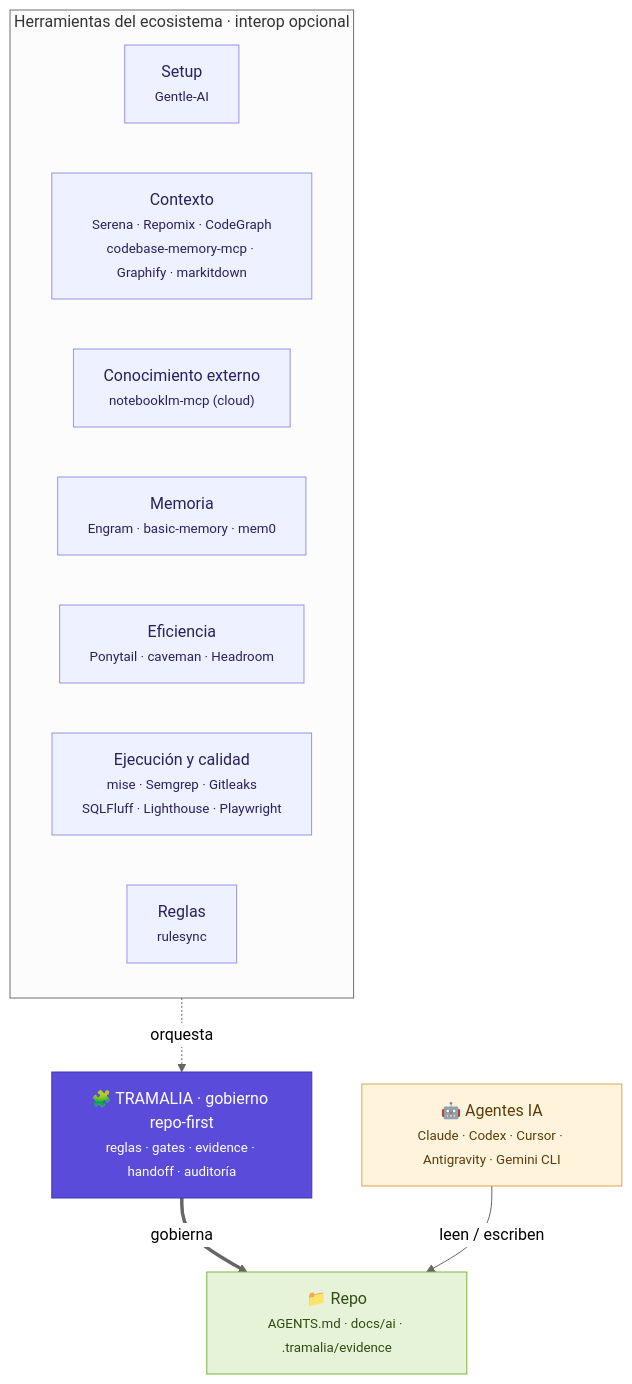
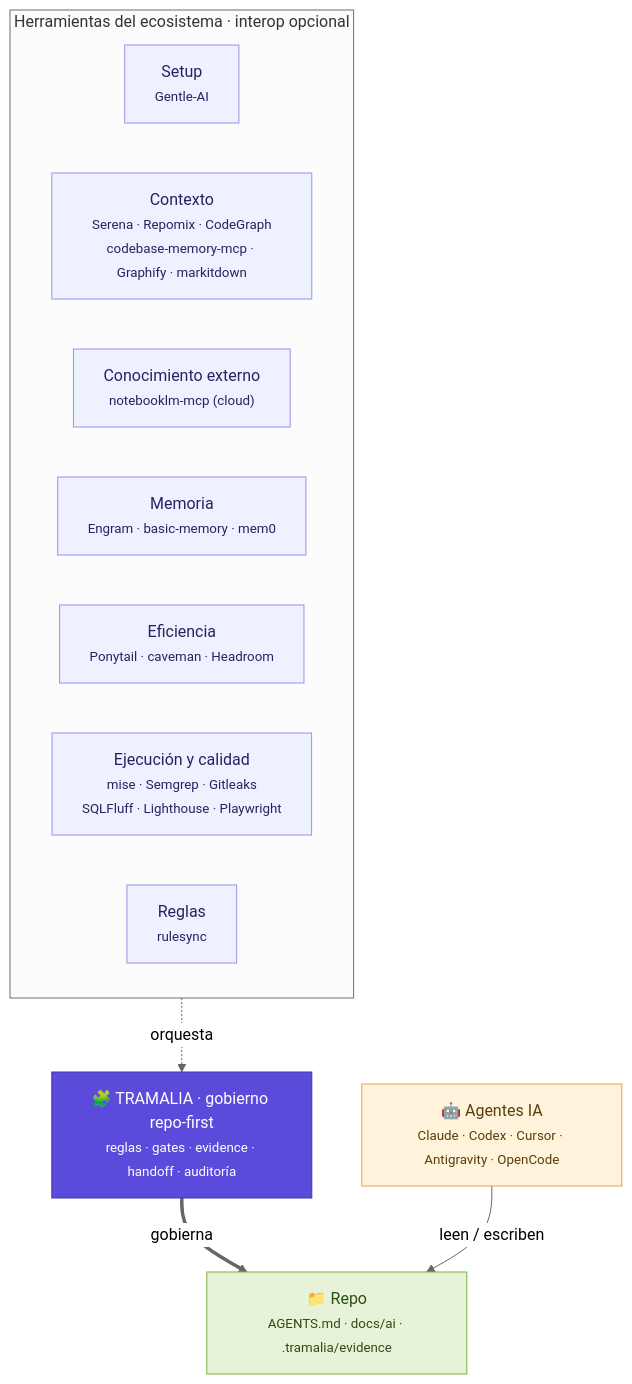
Before and after one commit to MscottB/tramalia: the diagram in docs/ecosistema.md, drawn with Mermaid (neutral theme). The commit also changed other lines of this file and 32 other files, not shown here.

First line of the commit message:
feat: v0.33.0 — portada carta de presentación + diagramas dark-mode + aclaración de Cierre

````diff
--- a/docs/ecosistema.md
+++ b/docs/ecosistema.md
@@ -9,27 +9,27 @@
 ```mermaid
 flowchart TB
     classDef core fill:#5b4bdb,stroke:#4335b0,color:#ffffff;
     classDef sat  fill:#eef1ff,stroke:#9a92e8,color:#2a2160;
     classDef repo fill:#e7f3d8,stroke:#7cb342,color:#2e4d13;
     classDef agent fill:#fff3dc,stroke:#e0a44a,color:#5a3d0a;
 
-    AG["🤖 Agentes IA<br/><small>Claude · Codex · Cursor · Antigravity · Gemini CLI</small>"]:::agent
+    AG["🤖 Agentes IA<br/><small>Claude · Codex · Cursor · Antigravity · OpenCode</small>"]:::agent
 
     subgraph TOOLS["Herramientas del ecosistema · interop opcional"]
       direction LR
       SETUP["Setup<br/><small>Gentle-AI</small>"]:::sat
       CTX["Contexto<br/><small>Serena · Repomix · CodeGraph<br/>codebase-memory-mcp · Graphify · markitdown</small>"]:::sat
       KNOW["Conocimiento externo<br/><small>notebooklm-mcp (cloud)</small>"]:::sat
       MEM["Memoria<br/><small>Engram · basic-memory · mem0</small>"]:::sat
       EFF["Eficiencia<br/><small>Ponytail · caveman · Headroom</small>"]:::sat
       EXEC["Ejecución y calidad<br/><small>mise · Semgrep · Gitleaks<br/>SQLFluff · Lighthouse · Playwright</small>"]:::sat
       FAN["Reglas<br/><small>rulesync</small>"]:::sat
     end
 
     T["🧩 TRAMALIA · gobierno repo-first<br/><small>reglas · gates · evidence · handoff · auditoría</small>"]:::core
     R["📁 Repo<br/><small>AGENTS.md · docs/ai · .tramalia/evidence</small>"]:::repo
 
     TOOLS -. orquesta .-> T
     T ==>|gobierna| R
     AG -->|leen / escriben| R
 ```
````
